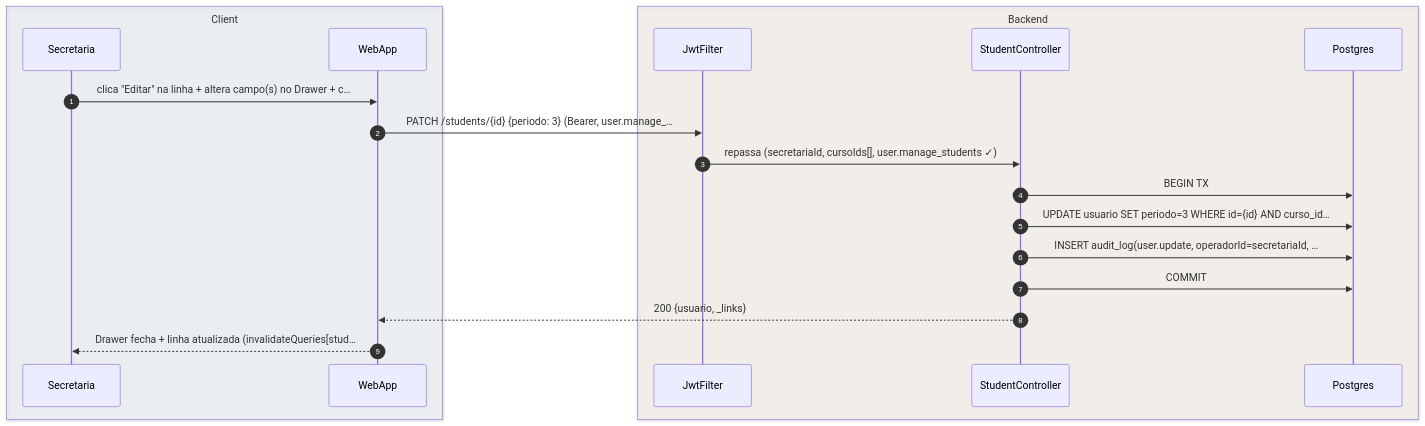
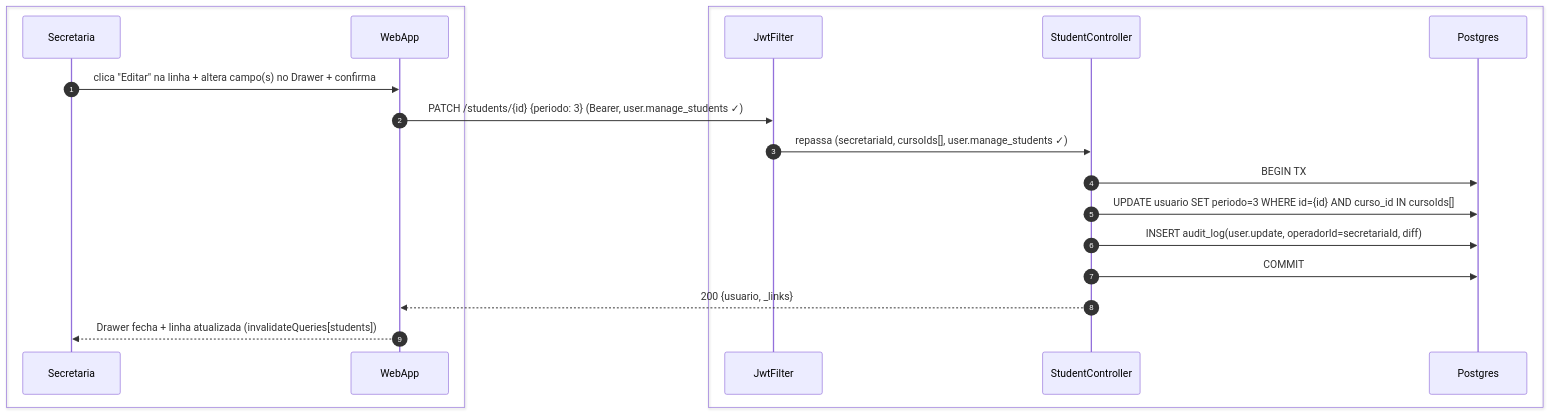
The third of 8 diagrams in foundationDocs/sequenceDiagrams/F5 — Secretaria/US-F5-003-GESTAO-ALUNOS.md (umishell/secretariaOnline2), drawn with Mermaid before and after one commit. The commit also changed other lines of this file and 70 other files, not shown here.

First line of the commit message:
Enhance database documentation and introduce new schema files

````diff
--- a/foundationDocs/sequenceDiagrams/F5 — Secretaria/US-F5-003-GESTAO-ALUNOS.md
+++ b/foundationDocs/sequenceDiagrams/F5 — Secretaria/US-F5-003-GESTAO-ALUNOS.md
@@ -136,23 +136,23 @@
 ```mermaid
 sequenceDiagram
     autonumber
-    box rgba(230,245,255,0.3) Client
+    box #e8f4fc Cliente
         participant Secretaria
         participant WebApp
     end
-    box rgba(255,245,230,0.3) Backend
+    box #fff8ee Servidor
         participant JwtFilter
         participant StudentController
         participant Postgres
     end
 
-    Secretaria->>WebApp: clica "Editar" na linha + altera campo(s) no Drawer + c…
-    WebApp->>JwtFilter: PATCH /students/{id} {periodo: 3} (Bearer, user.manage_…
+    Secretaria->>WebApp: clica "Editar" na linha + altera campo(s) no Drawer + confirma
+    WebApp->>JwtFilter: PATCH /students/{id} {periodo: 3} (Bearer, user.manage_students ✓)
     JwtFilter->>StudentController: repassa (secretariaId, cursoIds[], user.manage_students ✓)
     StudentController->>Postgres: BEGIN TX
-    StudentController->>Postgres: UPDATE usuario SET periodo=3 WHERE id={id} AND curso_id…
-    StudentController->>Postgres: INSERT audit_log(user.update, operadorId=secretariaId, …
+    StudentController->>Postgres: UPDATE usuario SET periodo=3 WHERE id={id} AND curso_id IN cursoIds[]
+    StudentController->>Postgres: INSERT audit_log(user.update, operadorId=secretariaId, diff)
     StudentController->>Postgres: COMMIT
     StudentController-->>WebApp: 200 {usuario, _links}
-    WebApp-->>Secretaria: Drawer fecha + linha atualizada (invalidateQueries[stud…
+    WebApp-->>Secretaria: Drawer fecha + linha atualizada (invalidateQueries[students])
 ```
````
